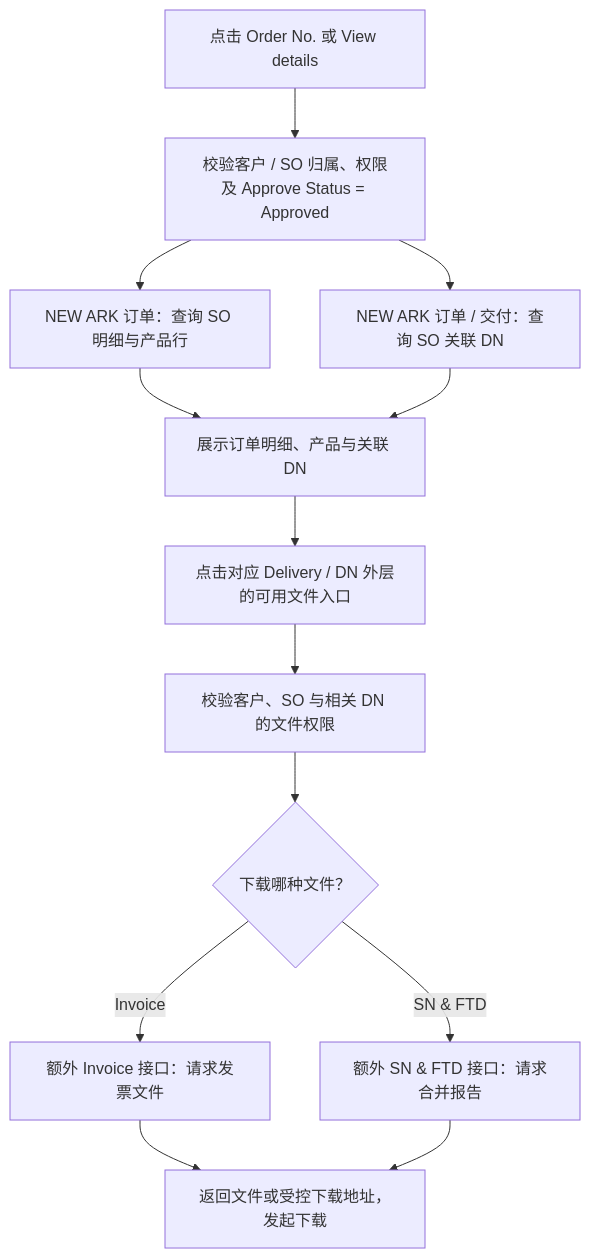
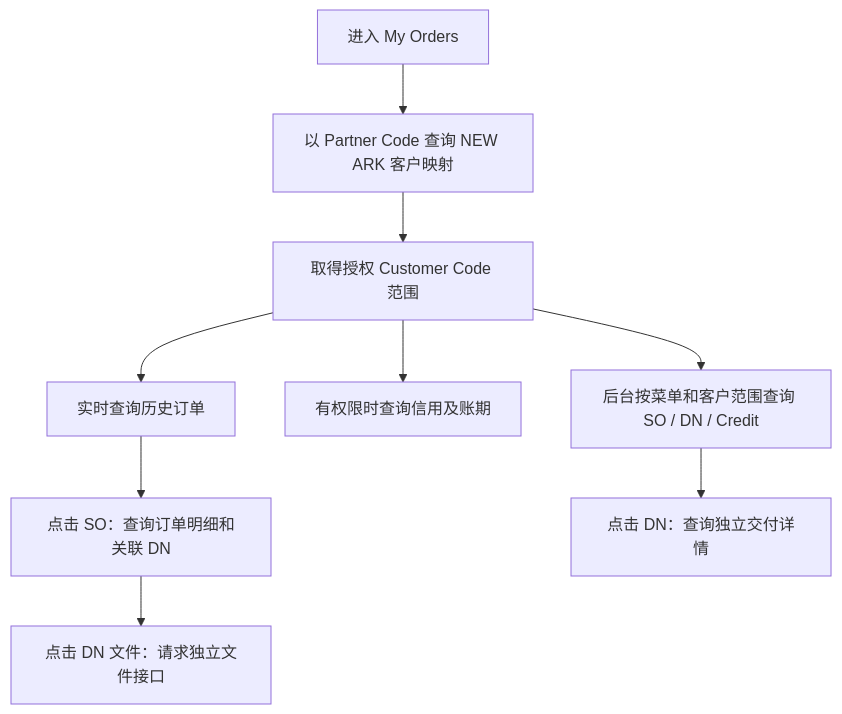
Before and after one commit to Nickiisme/product-list: the diagram in docs/SunPower_My_Orders_PRD.md, drawn with Mermaid. The commit also changed other lines of this file and 20 other files, not shown here.

````diff
--- a/docs/SunPower_My_Orders_PRD.md
+++ b/docs/SunPower_My_Orders_PRD.md
@@ -168,15 +64,11 @@
-```mermaid
+~~~mermaid
 flowchart TD
-    selectOrder["点击 Order No. 或 View details"] --> ownership["校验客户 / SO 归属、权限及 Approve Status = Approved"]
-    ownership --> orderDetail["NEW ARK 订单：查询 SO 明细与产品行"]
-    ownership --> dnQuery["NEW ARK 订单 / 交付：查询 SO 关联 DN"]
-    orderDetail --> detailView["展示订单明细、产品与关联 DN"]
-    dnQuery --> detailView
-    detailView --> downloadClick["点击对应 Delivery / DN 外层的可用文件入口"]
-    downloadClick --> filePermission["校验客户、SO 与相关 DN 的文件权限"]
-    filePermission --> fileType{"下载哪种文件？"}
-    fileType -->|"Invoice"| invoiceApi["额外 Invoice 接口：请求发票文件"]
-    fileType -->|"SN & FTD"| reportApi["额外 SN & FTD 接口：请求合并报告"]
-    invoiceApi --> fileResult["返回文件或受控下载地址，发起下载"]
-    reportApi --> fileResult
-```
+    A["进入 My Orders"] --> B["以 Partner Code 查询 NEW ARK 客户映射"]
+    B --> C["取得授权 Customer Code 范围"]
+    C --> D["实时查询历史订单"]
+    C --> E["有权限时查询信用及账期"]
+    D --> F["点击 SO：查询订单明细和关联 DN"]
+    F --> G["点击 DN 文件：请求独立文件接口"]
+    C --> H["后台按菜单和客户范围查询 SO / DN / Credit"]
+    H --> I["点击 DN：查询独立交付详情"]
+~~~
````
